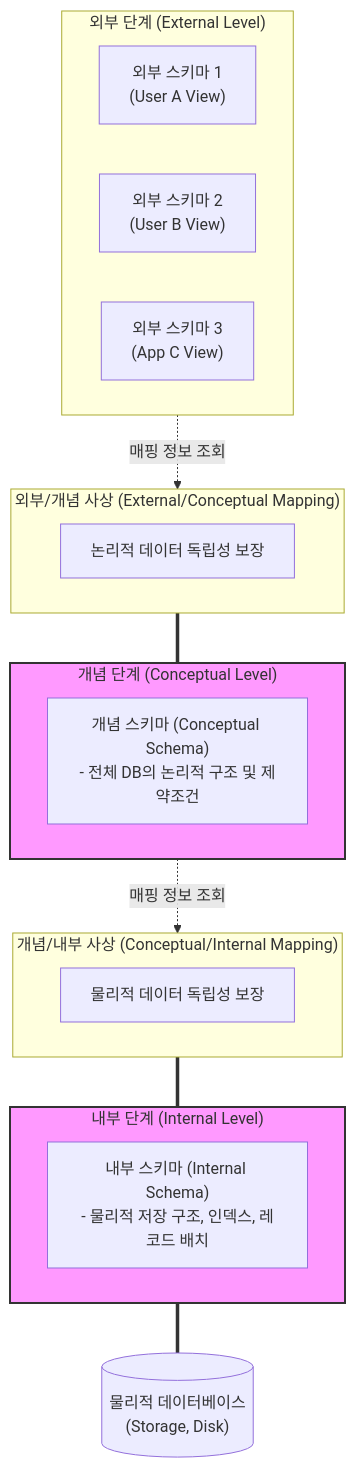
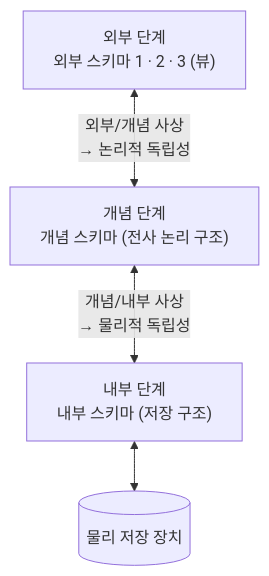
The diagram in content/01_IT Tech/ANSI SPARC 모델(3-단계 데이터베이스 구조) 데이터 독립성.md (supremethumb/supremethumb.github.io), drawn with Mermaid before and after one commit. The commit also changed other lines of this file and 1087 other files, not shown here.

````diff
--- a/content/01_IT Tech/ANSI SPARC 모델(3-단계 데이터베이스 구조) 데이터 독립성.md
+++ b/content/01_IT Tech/ANSI SPARC 모델(3-단계 데이터베이스 구조) 데이터 독립성.md
@@ -27,37 +36,6 @@
 ```mermaid
 flowchart TB
-    subgraph External["외부 단계 (External Level)"]
-        direction LR
-        E1["외부 스키마 1<br/>(User A View)"]
-        E2["외부 스키마 2<br/>(User B View)"]
-        E3["외부 스키마 3<br/>(App C View)"]
-    end
-
-    subgraph Mapping1["외부/개념 사상 (External/Conceptual Mapping)"]
-        MI["논리적 데이터 독립성 보장"]
-    end
-
-    subgraph Conceptual["개념 단계 (Conceptual Level)"]
-        C1["개념 스키마 (Conceptual Schema)<br/>- 전체 DB의 논리적 구조 및 제약조건"]
-    end
-
-    subgraph Mapping2["개념/내부 사상 (Conceptual/Internal Mapping)"]
-        M2["물리적 데이터 독립성 보장"]
-    end
-
-    subgraph Internal["내부 단계 (Internal Level)"]
-        I1["내부 스키마 (Internal Schema)<br/>- 물리적 저장 구조, 인덱스, 레코드 배치"]
-    end
-    
-    DB[("물리적 데이터베이스<br/>(Storage, Disk)")]
-
-    External -. "매핑 정보 조회" .-> Mapping1
-    Mapping1 === Conceptual
-    Conceptual -. "매핑 정보 조회" .-> Mapping2
-    Mapping2 === Internal
-    Internal === DB
-    
-    classDef highlight fill:#f9f,stroke:#333,stroke-width:2px;
-    class Conceptual,Internal highlight;
-
+    E["외부 단계<br/>외부 스키마 1 · 2 · 3 (뷰)"] <-->|"외부/개념 사상<br/>→ 논리적 독립성"| C["개념 단계<br/>개념 스키마 (전사 논리 구조)"]
+    C <-->|"개념/내부 사상<br/>→ 물리적 독립성"| I["내부 단계<br/>내부 스키마 (저장 구조)"]
+    I <--> DB[("물리 저장 장치")]
 ```
````
